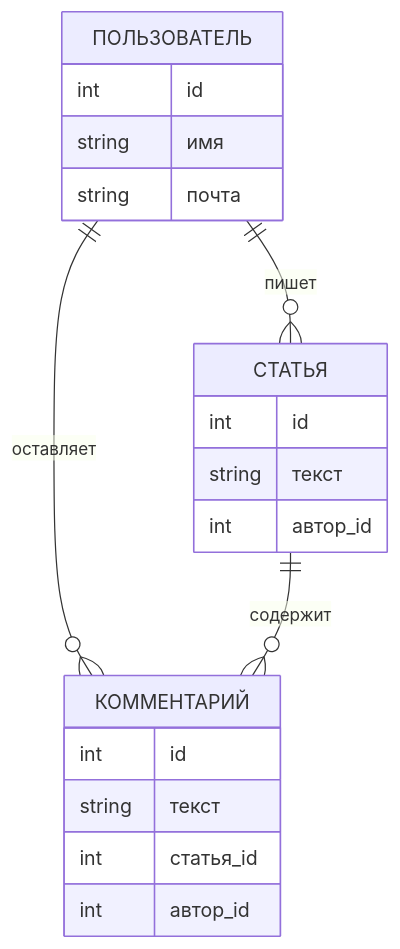
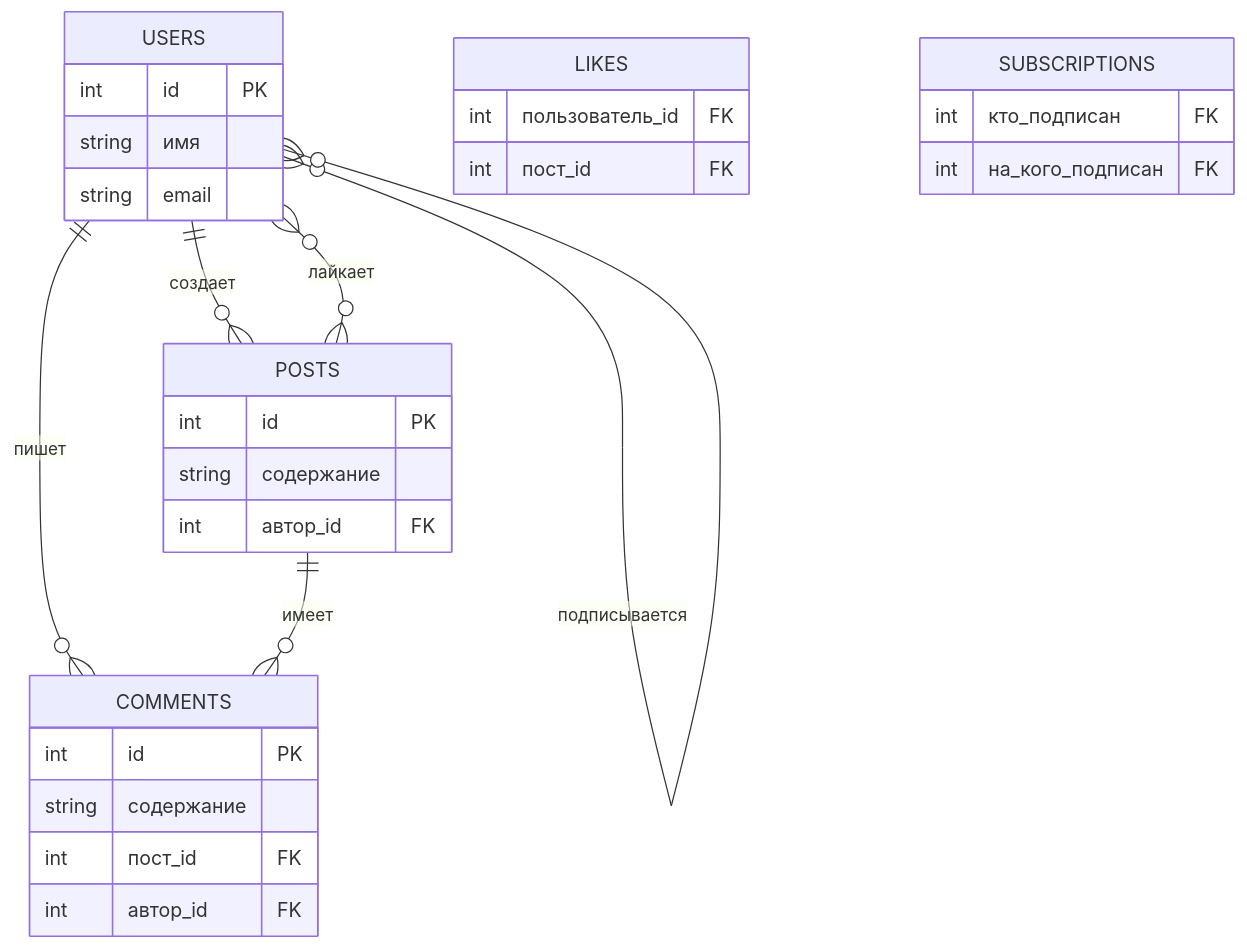
Before and after one commit to Evgeny65ok/mermaid-diagrams: the seventh of 9 diagrams in README.md, drawn with Mermaid. The commit also changed other lines of this file, not shown here.

````diff
--- a/README.md
+++ b/README.md
@@ -124,22 +159,34 @@
 ```mermaid
 erDiagram
-    ПОЛЬЗОВАТЕЛЬ {
-        int id
+    USERS {
+        int id PK
         string имя
-        string почта
+        string email
     }
-    СТАТЬЯ {
-        int id
-        string текст
-        int автор_id
+
+    POSTS {
+        int id PK
+        string содержание
+        int автор_id FK
     }
-    КОММЕНТАРИЙ {
-        int id
-        string текст
-        int статья_id
-        int автор_id
+
+    COMMENTS {
+        int id PK
+        string содержание
+        int пост_id FK
+        int автор_id FK
     }
-    ПОЛЬЗОВАТЕЛЬ ||--o{ СТАТЬЯ : пишет
-    ПОЛЬЗОВАТЕЛЬ ||--o{ КОММЕНТАРИЙ : оставляет
-    СТАТЬЯ ||--o{ КОММЕНТАРИЙ : содержит
+    LIKES {
+        int пользователь_id FK
+        int пост_id FK
+    }
+    SUBSCRIPTIONS {
+        int кто_подписан FK
+        int на_кого_подписан FK
+    }
+    USERS ||--o{ POSTS : создает
+    USERS ||--o{ COMMENTS : пишет
+    POSTS ||--o{ COMMENTS : имеет
+    USERS }o--o{ POSTS : лайкает
+    USERS }o--o{ USERS : подписывается
 ```
````
